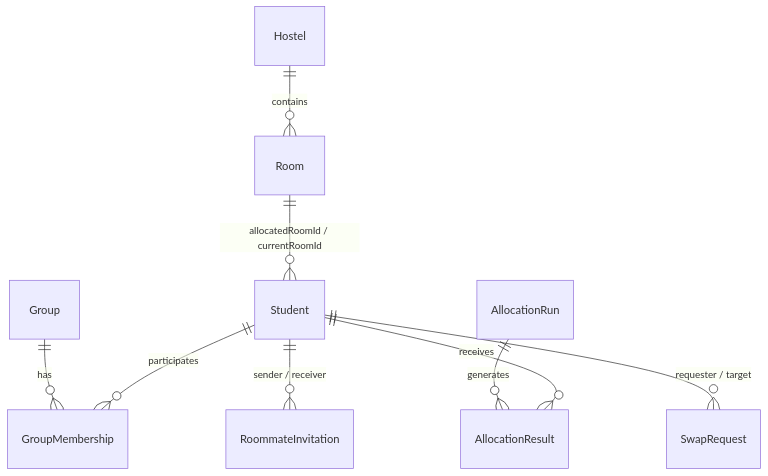
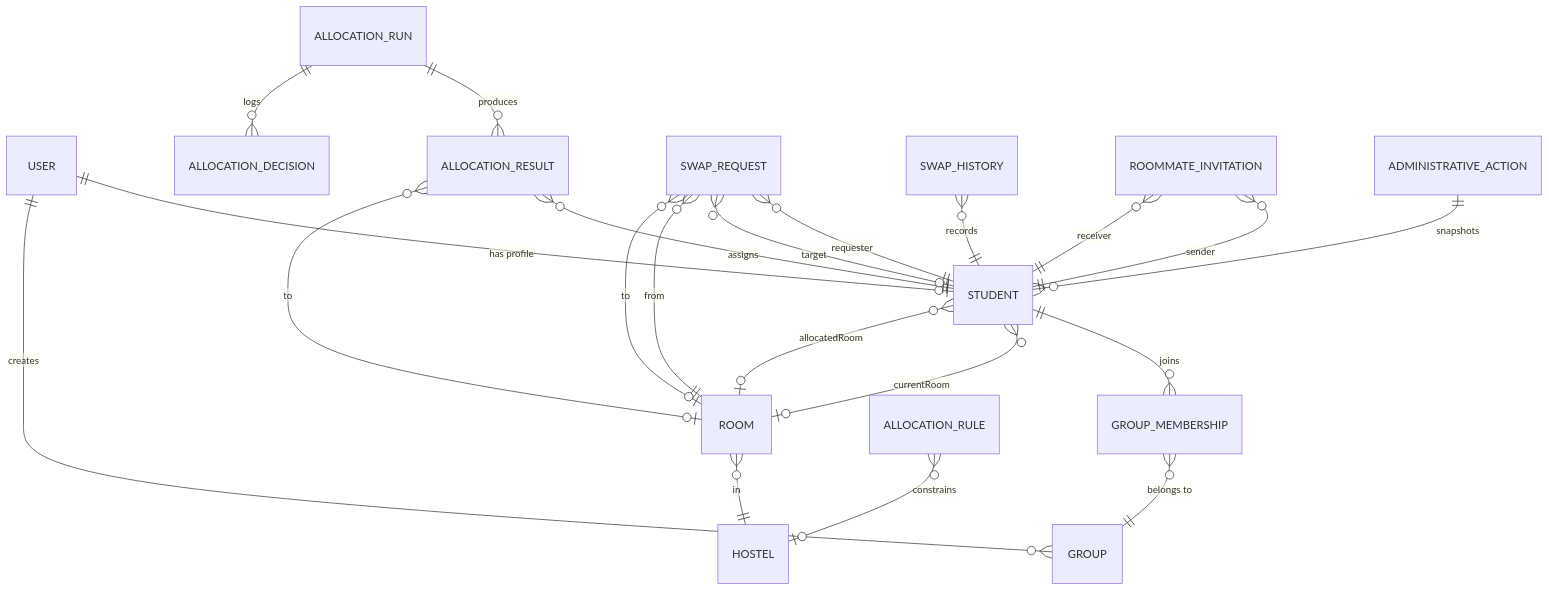
The fifth of 5 diagrams in README.md (Theewebwizard/Hostel-allocation-official), drawn with Mermaid before and after one commit. The commit also changed other lines of this file, not shown here.

Commit message:
docs: remove extensive technical documentation and architecture diagrams from README

````diff
--- a/README.md
+++ b/README.md
@@ -248,11 +533,23 @@
 ```mermaid
 erDiagram
-    Hostel ||--o{ Room : contains
-    Room ||--o{ Student : "allocatedRoomId / currentRoomId"
-    Group ||--o{ GroupMembership : has
-    Student ||--o{ GroupMembership : participates
-    Student ||--o{ RoommateInvitation : "sender / receiver"
-    AllocationRun ||--o{ AllocationResult : generates
-    Student ||--o{ AllocationResult : "receives"
-    Student ||--o{ SwapRequest : "requester / target"
+    USER ||--o| STUDENT : "has profile"
+    USER ||--o{ GROUP : "creates"
+    STUDENT ||--o{ GROUP_MEMBERSHIP : "joins"
+    GROUP_MEMBERSHIP }o--|| GROUP : "belongs to"
+    STUDENT }o--o| ROOM : "currentRoom"
+    STUDENT }o--o| ROOM : "allocatedRoom"
+    ROOM }o--|| HOSTEL : "in"
+    ALLOCATION_RUN ||--o{ ALLOCATION_RESULT : "produces"
+    ALLOCATION_RUN ||--o{ ALLOCATION_DECISION : "logs"
+    ALLOCATION_RESULT }o--|| STUDENT : "assigns"
+    ALLOCATION_RESULT }o--o| ROOM : "to"
+    ALLOCATION_RULE }o--o| HOSTEL : "constrains"
+    SWAP_REQUEST }o--|| STUDENT : "requester"
+    SWAP_REQUEST }o--o| STUDENT : "target"
+    SWAP_REQUEST }o--|| ROOM : "from"
+    SWAP_REQUEST }o--o| ROOM : "to"
+    SWAP_HISTORY }o--|| STUDENT : "records"
+    ROOMMATE_INVITATION }o--|| STUDENT : "sender"
+    ROOMMATE_INVITATION }o--|| STUDENT : "receiver"
+    ADMINISTRATIVE_ACTION ||--o{ STUDENT : "snapshots"
 ```
````
